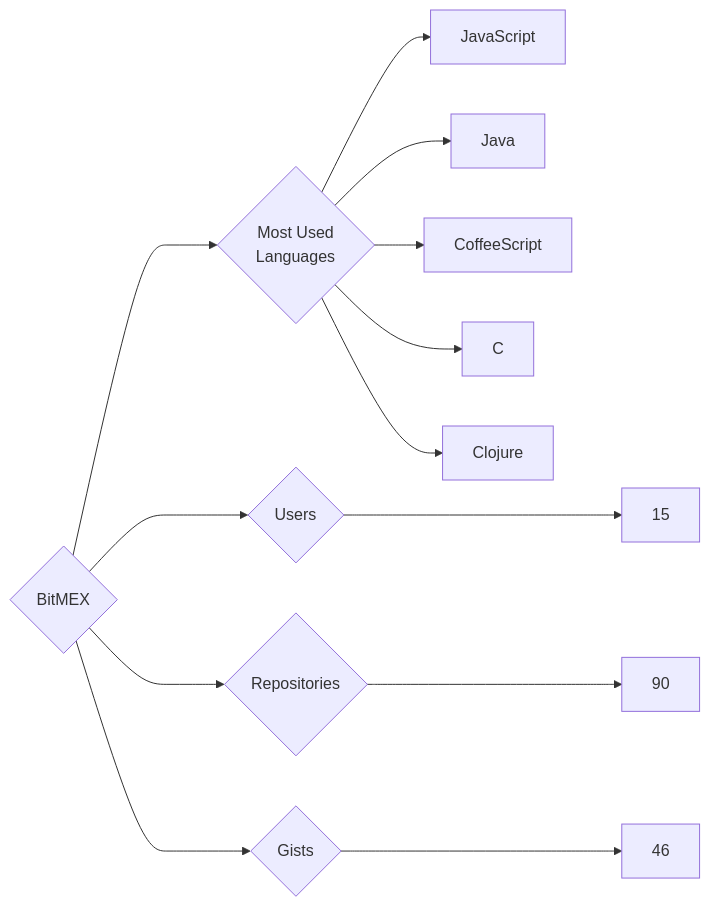
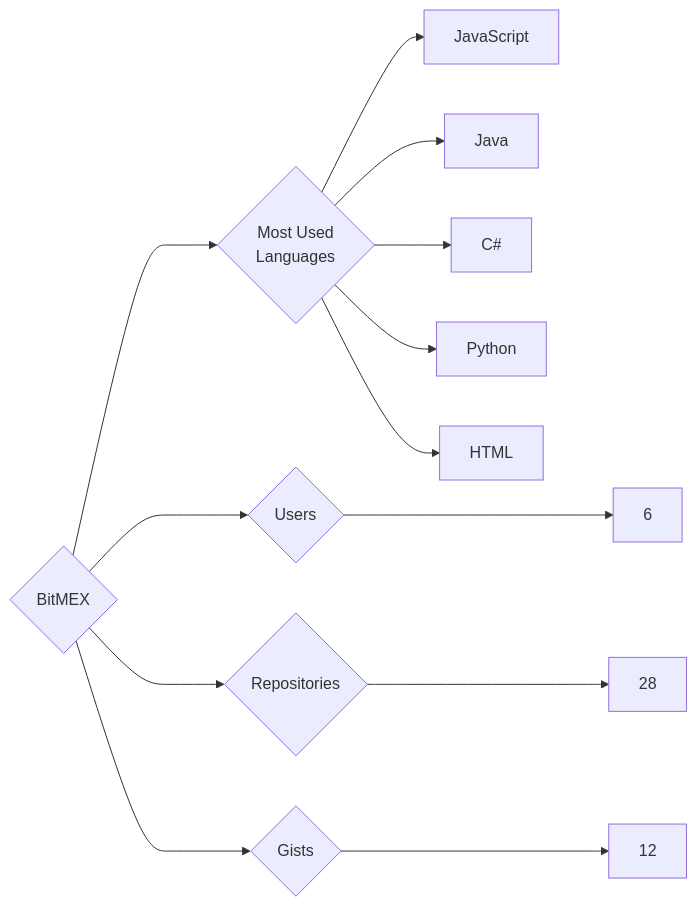
The diagram in targets/BitMEX/README.md (trickest/insiders), drawn with Mermaid before and after one commit. The commit also changed 1149 other files, not shown here.

````diff
--- a/targets/BitMEX/README.md
+++ b/targets/BitMEX/README.md
@@ -3,13 +3,13 @@
 ```mermaid
 graph LR
 COMPANY_NAME{BitMEX}
-COMPANY_NAME ---> U{Users} ---> UN[15]
-COMPANY_NAME ---> R{Repositories} ---> RN[90]
-COMPANY_NAME ---> G{Gists} ---> GN[46]
+COMPANY_NAME ---> U{Users} ---> UN[6]
+COMPANY_NAME ---> R{Repositories} ---> RN[28]
+COMPANY_NAME ---> G{Gists} ---> GN[12]
 COMPANY_NAME ---> ML{Most Used<br>Languages}
 ML --> JavaScript[JavaScript]
 ML --> Java[Java]
-ML --> CoffeeScript[CoffeeScript]
-ML --> C[C]
-ML --> Clojure[Clojure]
+ML --> C#[C#]
+ML --> Python[Python]
+ML --> HTML[HTML]
 ```
````
